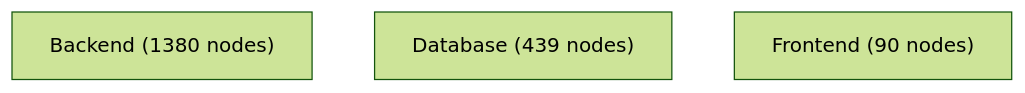
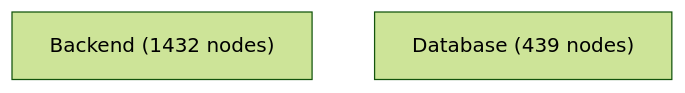
The first of 4 diagrams in docs/architecture-analysis/architecture.report.md (jankneumann/agentic-coding-tools), drawn with Mermaid (forest theme) before and after one commit. The commit also changed other lines of this file and 37 other files, not shown here.

First line of the commit message:
feat(architecture): add behavior handbook layer with verified locators

````diff
--- a/docs/architecture-analysis/architecture.report.md
+++ b/docs/architecture-analysis/architecture.report.md
@@ -510,6 +509,5 @@
 ```mermaid
 flowchart TB
-    Backend["Backend (1380 nodes)"]
+    Backend["Backend (1432 nodes)"]
     Database["Database (439 nodes)"]
-    Frontend["Frontend (90 nodes)"]
 ```
````
